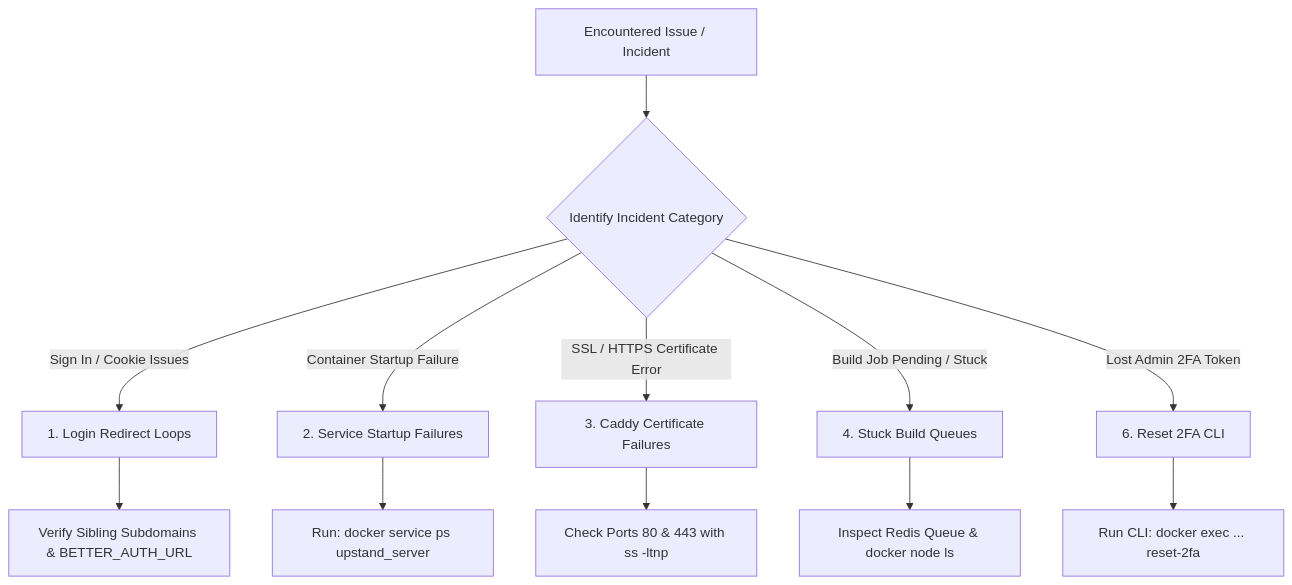
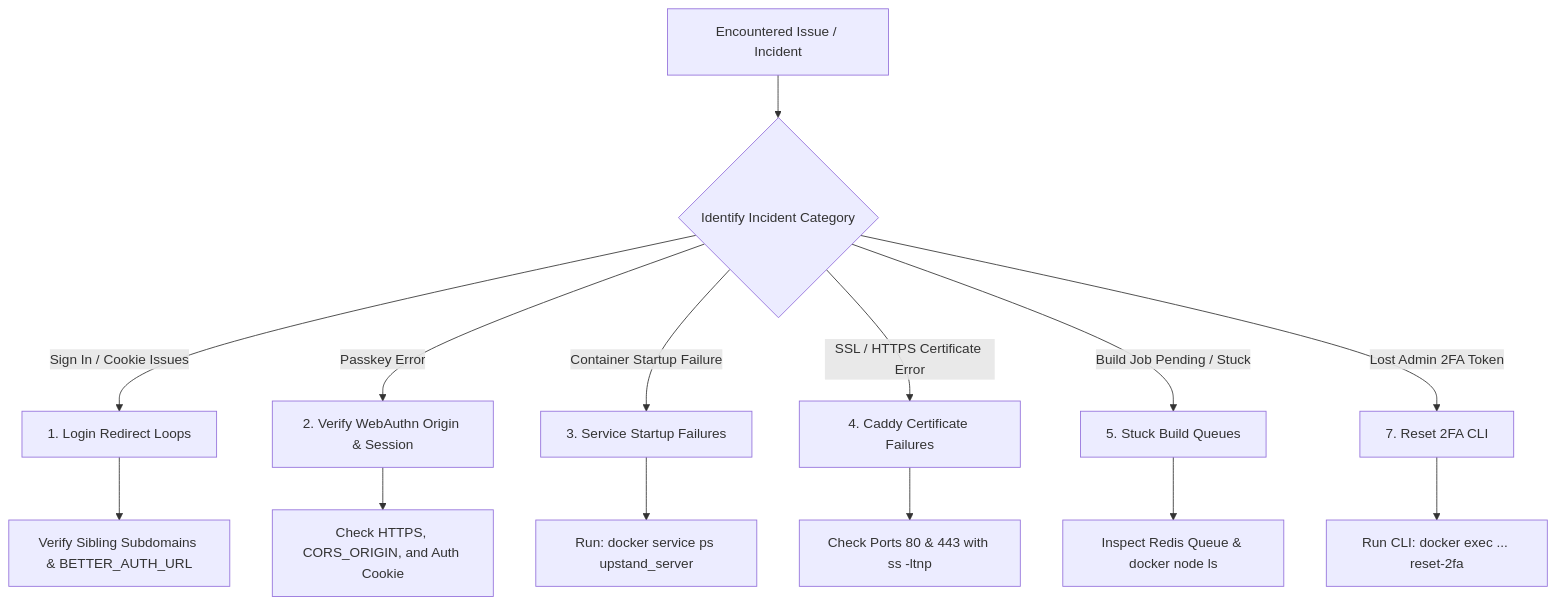
The diagram in apps/fumadocs/content/docs/reference/troubleshooting.mdx (UpstandPlatform/upstand), drawn with Mermaid before and after one commit. The commit also changed other lines of this file and 16 other files, not shown here.

````diff
--- a/apps/fumadocs/content/docs/reference/troubleshooting.mdx
+++ b/apps/fumadocs/content/docs/reference/troubleshooting.mdx
@@ -12,19 +12,22 @@
 ```mermaid
 flowchart TD
     Issue[Encountered Issue / Incident] --> Category{Identify Incident Category}
 
     Category -->|Sign In / Cookie Issues| AuthTree[1. Login Redirect Loops]
     AuthTree --> CookieFix[Verify Sibling Subdomains & BETTER_AUTH_URL]
 
-    Category -->|Container Startup Failure| ServiceTree[2. Service Startup Failures]
+    Category -->|Passkey Error| PasskeyTree[2. Verify WebAuthn Origin & Session]
+    PasskeyTree --> PasskeyFix[Check HTTPS, CORS_ORIGIN, and Auth Cookie]
+
+    Category -->|Container Startup Failure| ServiceTree[3. Service Startup Failures]
     ServiceTree --> LogCheck[Run: docker service ps upstand_server]
 
-    Category -->|SSL / HTTPS Certificate Error| CertTree[3. Caddy Certificate Failures]
+    Category -->|SSL / HTTPS Certificate Error| CertTree[4. Caddy Certificate Failures]
     CertTree --> PortCheck[Check Ports 80 & 443 with ss -ltnp]
 
-    Category -->|Build Job Pending / Stuck| QueueTree[4. Stuck Build Queues]
+    Category -->|Build Job Pending / Stuck| QueueTree[5. Stuck Build Queues]
     QueueTree --> QueueCheck[Inspect Redis Queue & docker node ls]
 
-    Category -->|Lost Admin 2FA Token| TwoFATree[6. Reset 2FA CLI]
+    Category -->|Lost Admin 2FA Token| TwoFATree[7. Reset 2FA CLI]
     TwoFATree --> ResetCLI[Run CLI: docker exec ... reset-2fa]
 ```
````
